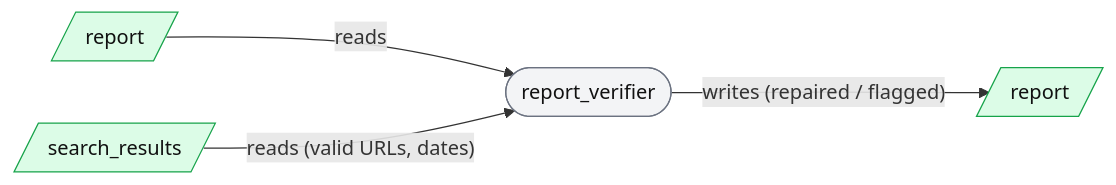
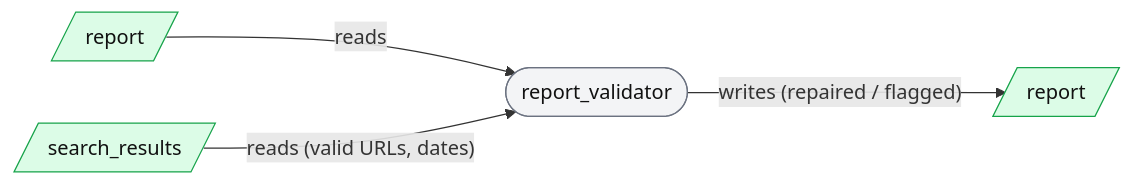
One commit to jyjulianwong/Investment-News-Analysis-AI changed diagram 11 of 11 in ARCHITECTURE.md. Above: the diagram before and after it, drawn with Mermaid. The commit also changed other lines of this file and 18 other files, not shown here.

First line of the commit message:
Add Pydantic state/schema validation, query-aware query generation, and report evaluator loop

````diff
--- a/ARCHITECTURE.md
+++ b/ARCHITECTURE.md
@@ -161,8 +185,8 @@
 ```mermaid
 flowchart LR
-    R1[/"report"/]:::state -->|reads| N(["report_verifier"]):::det
+    R1[/"report"/]:::state -->|reads| N(["report_validator"]):::det
     R2[/"search_results"/]:::state -->|"reads (valid URLs, dates)"| N
     N -->|"writes (repaired / flagged)"| W[/"report"/]:::state
     classDef state fill:#dcfce7,stroke:#16a34a,color:#111;
     classDef det fill:#f3f4f6,stroke:#6b7280,color:#111;
 ```
````
